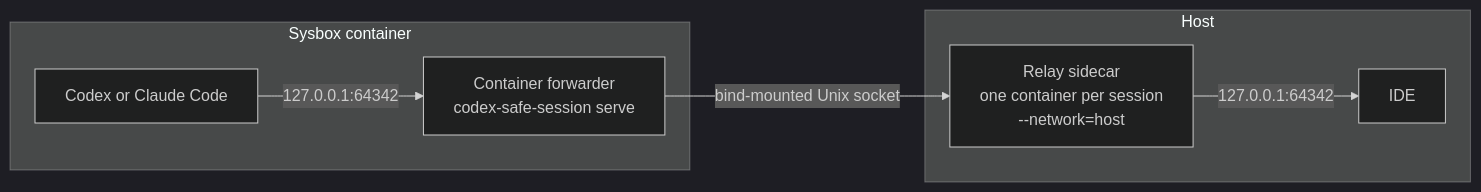
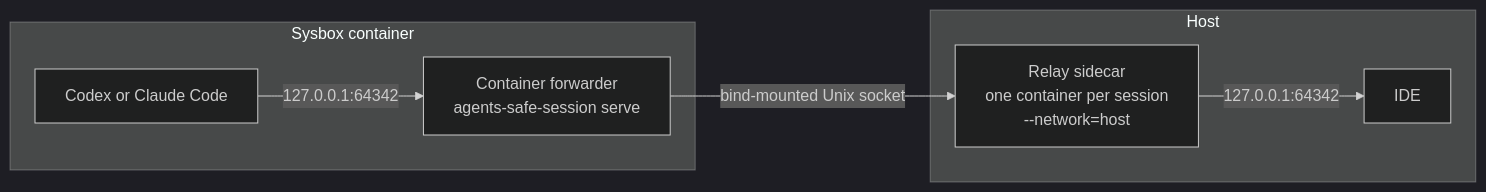
One commit to vkuptcov/agents-safe-environment changed the first of 2 diagrams in docs/design-docs/host-mcp-forwarding.md. Above: the diagram before and after it, drawn with Mermaid (dark theme). The commit also changed other lines of this file and 85 other files, not shown here.

````diff
--- a/docs/design-docs/host-mcp-forwarding.md
+++ b/docs/design-docs/host-mcp-forwarding.md
@@ -84,10 +84,10 @@
 ```mermaid
 flowchart LR
     subgraph Container["Sysbox container"]
-        Agents["Codex or Claude Code"] -->|"127.0.0.1:64342"| Fwd["Container forwarder<br/>codex-safe-session serve"]
+        Agents["Codex or Claude Code"] -->|"127.0.0.1:64342"| Fwd["Container forwarder<br/>agents-safe-session serve"]
     end
     subgraph Host["Host"]
         Relay["Relay sidecar<br/>one container per session<br/>--network=host"] -->|"127.0.0.1:64342"| Server["IDE"]
     end
     Fwd -->|"bind-mounted Unix socket"| Relay
 ```
````
